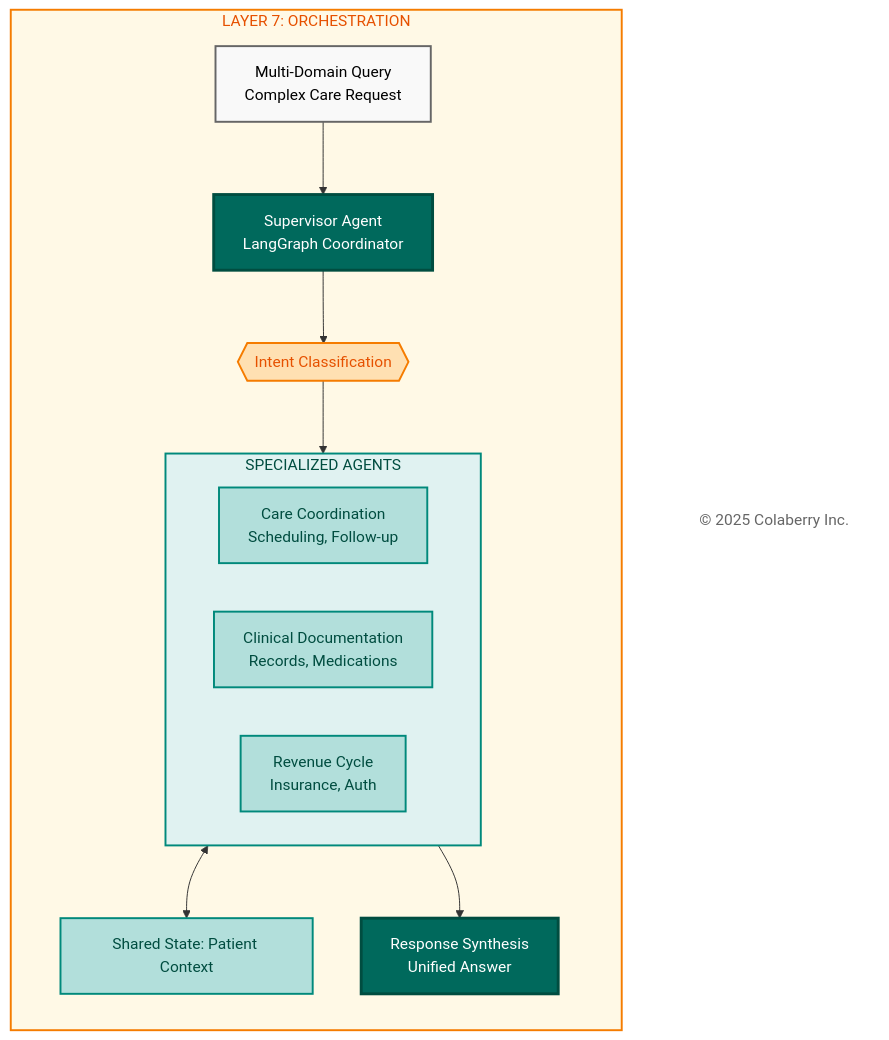
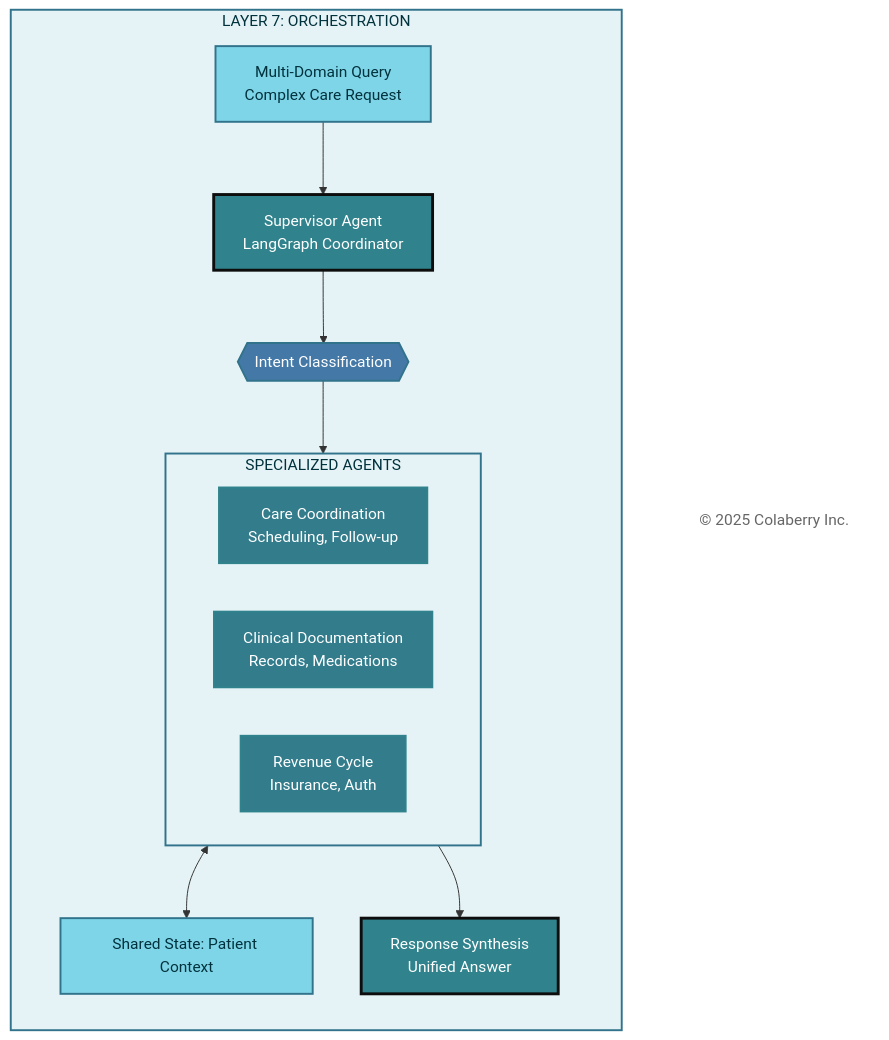
One commit to saitejesh-cyber/trust-before-intelligence-book changed the ninth of 14 diagrams in manuscript/07_chapter_6_transparency_orchestration_layers.md. Above: the diagram before and after it, drawn with Mermaid. The commit also changed other lines of this file, not shown here.

Commit message:
Update mermaid diagrams as per new coloberry color and contrast ratio for chapter 7

````diff
--- a/manuscript/07_chapter_6_transparency_orchestration_layers.md
+++ b/manuscript/07_chapter_6_transparency_orchestration_layers.md
@@ -840,40 +840,40 @@
 ```mermaid
 
 graph TB
     subgraph LAYER7["LAYER 7: ORCHESTRATION"]
         direction TB
         Query["Multi-Domain Query<br/>Complex Care Request"]
         Supervisor["Supervisor Agent<br/>LangGraph Coordinator"]
         Intent{{"Intent Classification"}}
         
         subgraph AGENTS["SPECIALIZED AGENTS"]
             direction LR
             Care["Care Coordination<br/>Scheduling, Follow-up"]
             Clinical["Clinical Documentation<br/>Records, Medications"]
             Revenue["Revenue Cycle<br/>Insurance, Auth"]
         end
         
         State["Shared State: Patient Context"]
         Synthesis["Response Synthesis<br/>Unified Answer"]
     end
     
     Copyright["© 2025 Colaberry Inc."]
     
     Query --> Supervisor --> Intent
     Intent --> AGENTS
     AGENTS <--> State
     AGENTS --> Synthesis
     
-    style LAYER7 fill:#fff9e6,stroke:#f57c00,stroke-width:2px,color:#e65100
-    style Query fill:#f9f9f9,stroke:#666666,stroke-width:2px,color:#000000
-    style Supervisor fill:#00695c,color:#ffffff,stroke:#004d40,stroke-width:3px
-    style Intent fill:#ffe0b2,stroke:#f57c00,stroke-width:2px,color:#e65100
-    style AGENTS fill:#e0f2f1,stroke:#00897b,stroke-width:2px,color:#004d40
-    style Care fill:#b2dfdb,stroke:#00897b,stroke-width:2px,color:#004d40
-    style Clinical fill:#b2dfdb,stroke:#00897b,stroke-width:2px,color:#004d40
-    style Revenue fill:#b2dfdb,stroke:#00897b,stroke-width:2px,color:#004d40
-    style State fill:#b2dfdb,stroke:#00897b,stroke-width:2px,color:#004d40
-    style Synthesis fill:#00695c,color:#ffffff,stroke:#004d40,stroke-width:3px
+    style LAYER7 fill:#E6F3F6,stroke:#32738C,stroke-width:2px,color:#00323D
+    style Query fill:#7FD5E8,stroke:#32738C,stroke-width:2px,color:#00323D
+    style Supervisor fill:#30838C,color:#ffffff,stroke:#0D0D0D,stroke-width:3px
+    style Intent fill:#4478A6,stroke:#32738C,stroke-width:2px,color:#ffffff
+    style AGENTS fill:#E6F3F6,stroke:#32738C,stroke-width:2px,color:#00323D
+    style Care fill:#327C8C,stroke:#30838C,stroke-width:2px,color:#ffffff
+    style Clinical fill:#327C8C,stroke:#30838C,stroke-width:2px,color:#ffffff
+    style Revenue fill:#327C8C,stroke:#30838C,stroke-width:2px,color:#ffffff
+    style State fill:#7FD5E8,stroke:#32738C,stroke-width:2px,color:#00323D
+    style Synthesis fill:#30838C,color:#ffffff,stroke:#0D0D0D,stroke-width:3px
     style Copyright fill:#ffffff,stroke:none,color:#666666
 
 ```
````
